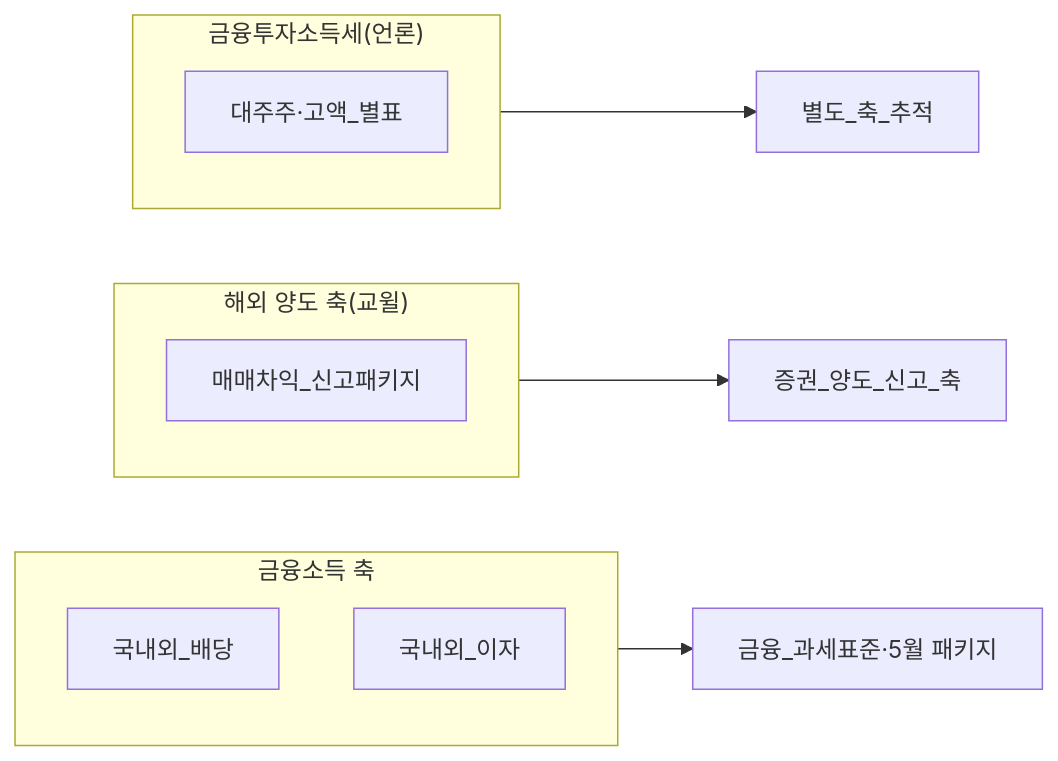
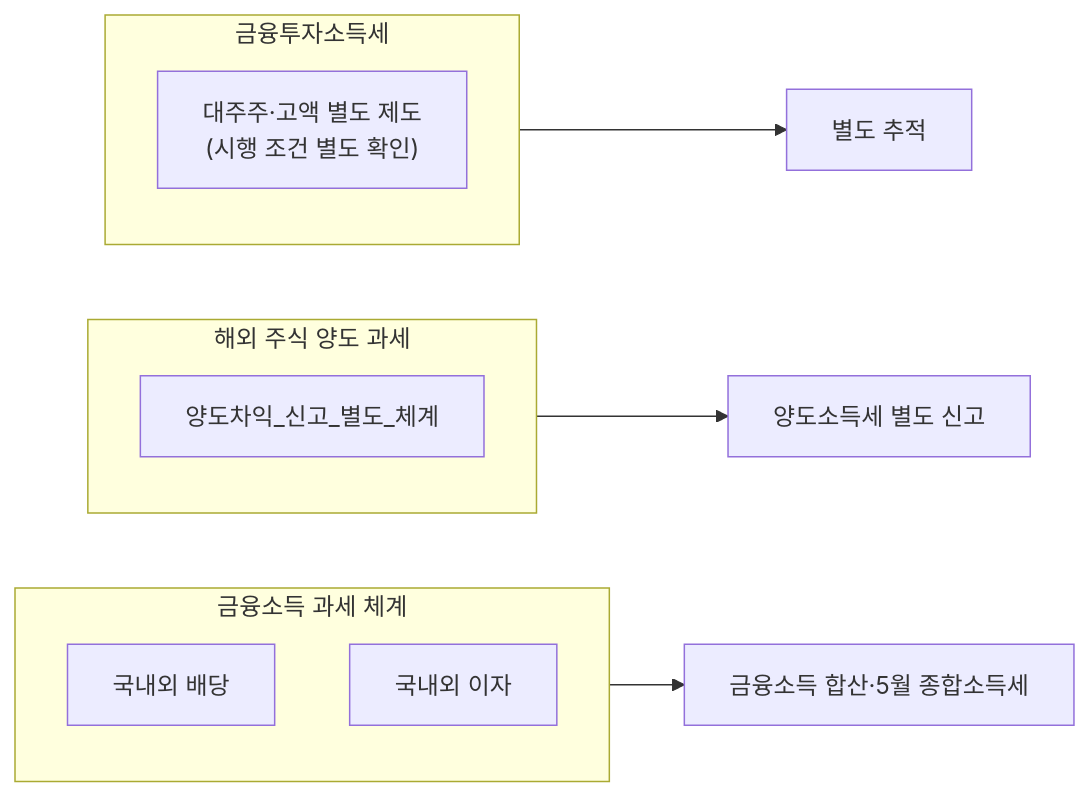
The second of 3 diagrams in 06-korea-policy/tax/financial-investment-income-tax.md (goldanghenry/Finances), drawn with Mermaid before and after one commit. The commit also changed other lines of this file and 211 other files, not shown here.

````diff
--- a/06-korea-policy/tax/financial-investment-income-tax.md
+++ b/06-korea-policy/tax/financial-investment-income-tax.md
@@ -133,16 +144,16 @@
 ```mermaid
 flowchart LR
-  subgraph FinInc ["금융소득 축"]
-    FI1[국내외_배당]
-    FI2[국내외_이자]
+  subgraph FinInc ["금융소득 과세 체계"]
+    FI1["국내외 배당"]
+    FI2["국내외 이자"]
   end
-  subgraph CapGains ["해외 양도 축(교윌)"]
-    CG[매매차익_신고패키지]
+  subgraph CapGains ["해외 주식 양도 과세"]
+    CG["양도차익_신고_별도_체계"]
   end
-  subgraph Press ["금융투자소득세(언론)"]
-    P[대주주·고액_별표]
+  subgraph Press ["금융투자소득세"]
+    P["대주주·고액 별도 제도\n(시행 조건 별도 확인)"]
   end
-  FinInc --> GateM[금융_과세표준·5월 패키지]
-  CapGains --> MayCG[증권_양도_신고_축]
-  Press --> Fut[별도_축_추적]
+  FinInc --> GateM["금융소득 합산·5월 종합소득세"]
+  CapGains --> MayCG["양도소득세 별도 신고"]
+  Press --> Fut["별도 추적"]
 ```
````
